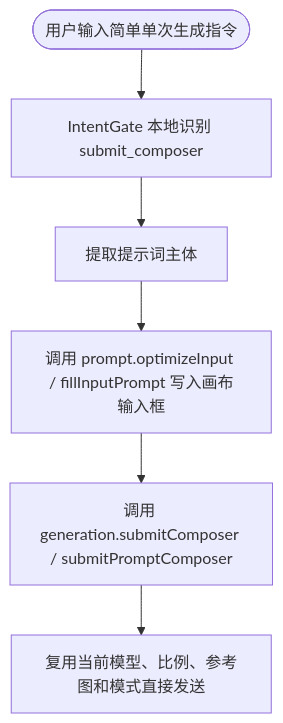
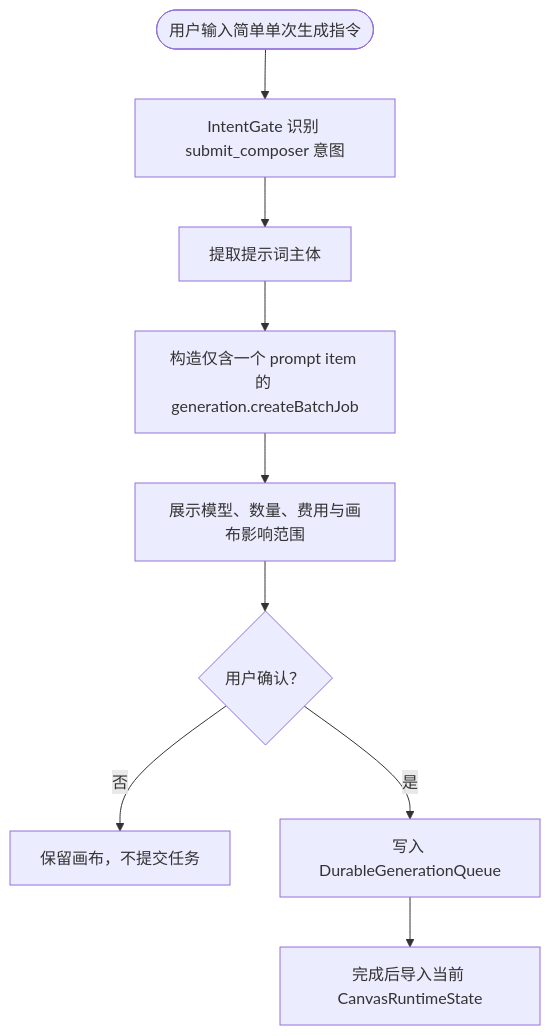
One commit to soudbs180-creator/KK-Studio-1.0.0 changed the fourth of 6 diagrams in docs/ai-assistant/flow-map.md. Above: the diagram before and after it, drawn with Mermaid. The commit also changed other lines of this file and 99 other files, not shown here.

````diff
--- a/docs/ai-assistant/flow-map.md
+++ b/docs/ai-assistant/flow-map.md
@@ -114,8 +117,11 @@
 ```mermaid
 graph TD
-    User([用户输入简单单次生成指令]) --> IntentGate[IntentGate 本地识别 submit_composer]
+    User([用户输入简单单次生成指令]) --> IntentGate[IntentGate 识别 submit_composer 意图]
     IntentGate --> ExtractPrompt[提取提示词主体]
-    ExtractPrompt --> FillPrompt[调用 prompt.optimizeInput / fillInputPrompt 写入画布输入框]
-    FillPrompt --> Submit[调用 generation.submitComposer / submitPromptComposer]
-    Submit --> PromptBar[复用当前模型、比例、参考图和模式直接发送]
+    ExtractPrompt --> Plan[构造仅含一个 prompt item 的 generation.createBatchJob]
+    Plan --> Preview[展示模型、数量、费用与画布影响范围]
+    Preview --> Confirm{用户确认？}
+    Confirm -->|否| Cancel[保留画布，不提交任务]
+    Confirm -->|是| Queue[写入 DurableGenerationQueue]
+    Queue --> Canvas[完成后导入当前 CanvasRuntimeState]
 ```
````
